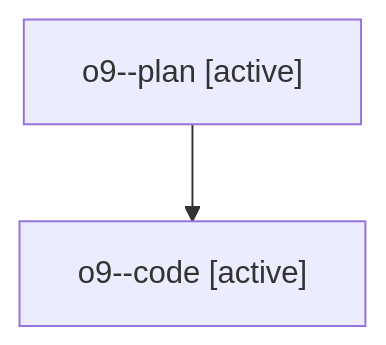
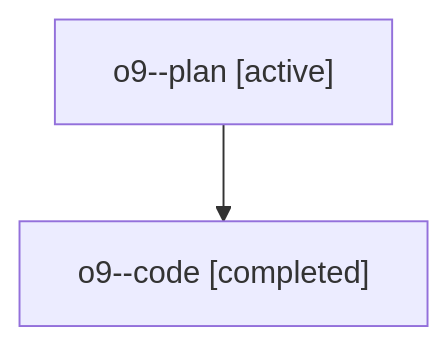
One commit to sase-org/sase--agents changed the diagram in families/bbugyi200.athena.o9.md. Above: the diagram before and after it, drawn with Mermaid. The commit also changed other lines of this file and 5813 other files, not shown here.

````diff
--- a/families/bbugyi200.athena.o9.md
+++ b/families/bbugyi200.athena.o9.md
@@ -9,6 +9,6 @@
 ```mermaid
 flowchart TD
   n0["o9--plan [active]"]
-  n1["o9--code [active]"]
+  n1["o9--code [completed]"]
   n0 --> n1
 ```
````
